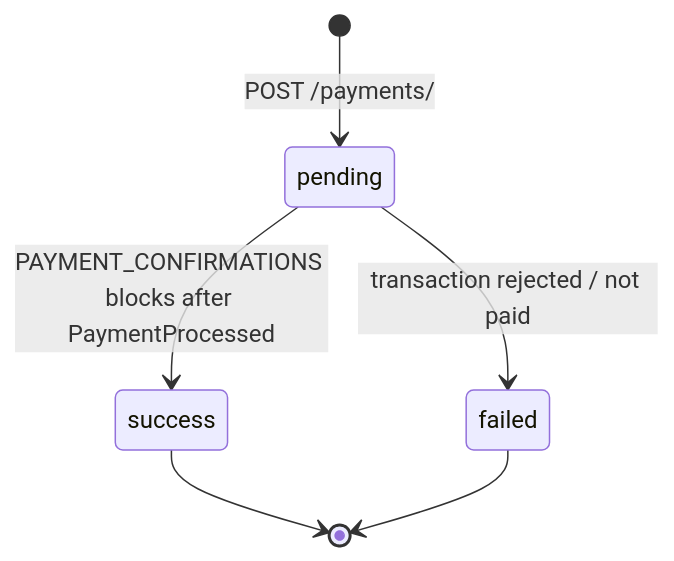
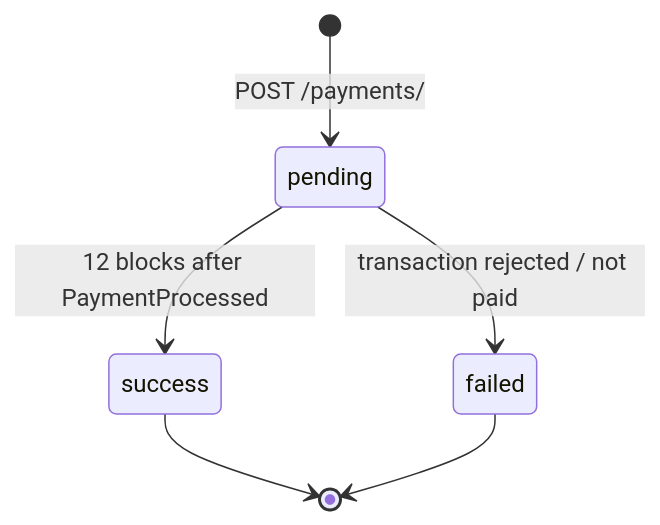
The diagram in docs/getting-started/payment-lifecycle.md (aneepay/aneepay-docs), drawn with Mermaid before and after one commit. The commit also changed other lines of this file and 27 other files, not shown here.

````diff
--- a/docs/getting-started/payment-lifecycle.md
+++ b/docs/getting-started/payment-lifecycle.md
@@ -9,8 +9,8 @@
 ```mermaid
 stateDiagram-v2
     [*] --> pending: POST /payments/
-    pending --> success: PAYMENT_CONFIRMATIONS blocks after PaymentProcessed
+    pending --> success: 12 blocks after PaymentProcessed
     pending --> failed: transaction rejected / not paid
     success --> [*]
     failed --> [*]
 ```
````
